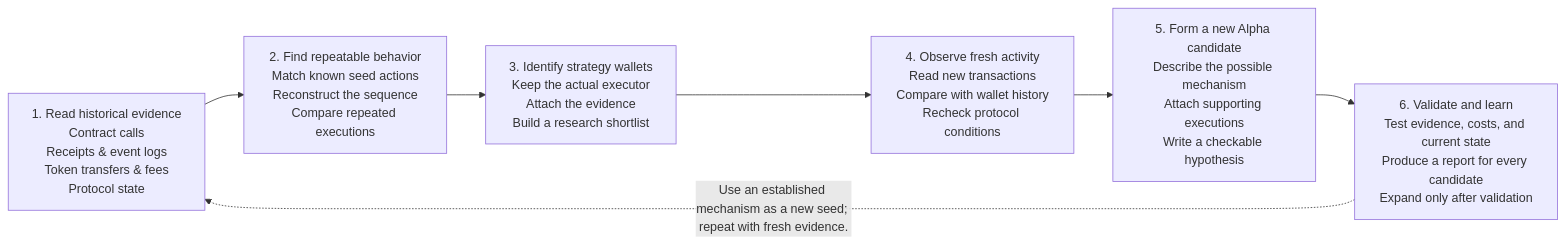
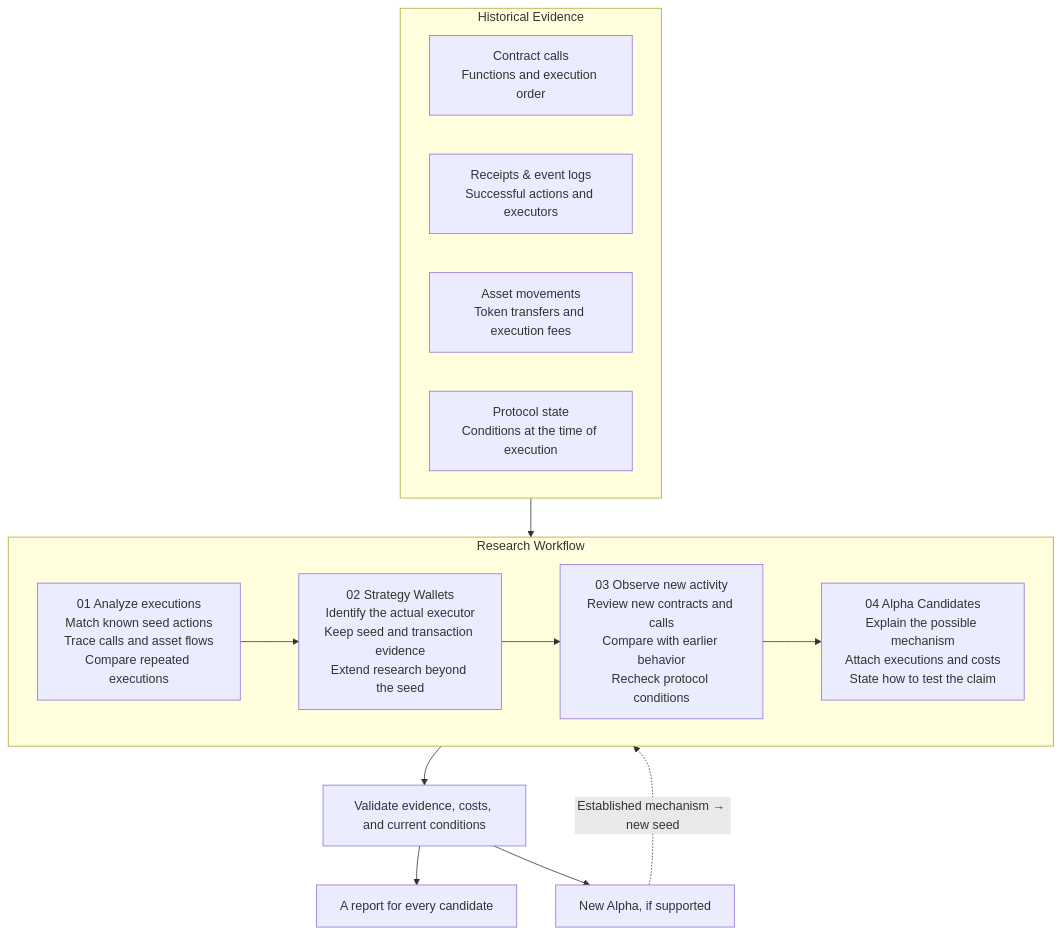
One commit to qinyh10300/protocol-alpha-finder changed the diagram in docs/diagrams/data-architecture-en.mmd. Above: the diagram before and after it, drawn with Mermaid. The commit also changed 15 other files, not shown here.

Commit message:
docs: use nested research diagrams with explicit control and evidence paths

```diff
--- a/docs/diagrams/data-architecture-en.mmd
+++ b/docs/diagrams/data-architecture-en.mmd
@@ -1,13 +1,27 @@
-flowchart LR
-    N0["1. Read historical evidence<br/>Contract calls<br/>Receipts & event logs<br/>Token transfers & fees<br/>Protocol state"]
-    N1["2. Find repeatable behavior<br/>Match known seed actions<br/>Reconstruct the sequence<br/>Compare repeated executions"]
-    N0 --> N1
-    N2["3. Identify strategy wallets<br/>Keep the actual executor<br/>Attach the evidence<br/>Build a research shortlist"]
-    N1 --> N2
-    N3["4. Observe fresh activity<br/>Read new transactions<br/>Compare with wallet history<br/>Recheck protocol conditions"]
-    N2 --> N3
-    N4["5. Form a new Alpha candidate<br/>Describe the possible mechanism<br/>Attach supporting executions<br/>Write a checkable hypothesis"]
-    N3 --> N4
-    N5["6. Validate and learn<br/>Test evidence, costs, and current state<br/>Produce a report for every candidate<br/>Expand only after validation"]
-    N4 --> N5
-    N5 -. "Use an established mechanism as a new seed; repeat with fresh evidence." .-> N0
+flowchart TB
+    subgraph HISTORY["Historical Evidence"]
+        direction LR
+        E0["Contract calls<br/>Functions and execution order"]
+        E1["Receipts & event logs<br/>Successful actions and executors"]
+        E2["Asset movements<br/>Token transfers and execution fees"]
+        E3["Protocol state<br/>Conditions at the time of execution"]
+    end
+    subgraph WORKFLOW["Research Workflow"]
+        direction LR
+        N0["01 Analyze executions<br/>Match known seed actions<br/>Trace calls and asset flows<br/>Compare repeated executions"]
+        N1["02 Strategy Wallets<br/>Identify the actual executor<br/>Keep seed and transaction evidence<br/>Extend research beyond the seed"]
+        N0 --> N1
+        N2["03 Observe new activity<br/>Review new contracts and calls<br/>Compare with earlier behavior<br/>Recheck protocol conditions"]
+        N1 --> N2
+        N3["04 Alpha Candidates<br/>Explain the possible mechanism<br/>Attach executions and costs<br/>State how to test the claim"]
+        N2 --> N3
+    end
+    HISTORY --> WORKFLOW
+    V["Validate evidence, costs, and current conditions"]
+    N3 --> V
+    R["A report for every candidate"]
+    A["New Alpha, if supported"]
+    V --> R
+    V --> A
+    A -. "Established mechanism → new seed" .-> N0
+    %% Observation means repeated collection and review. Current checks are started manually.
```
